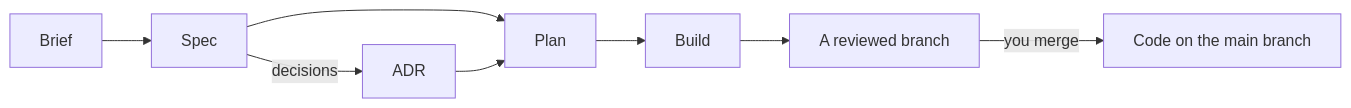
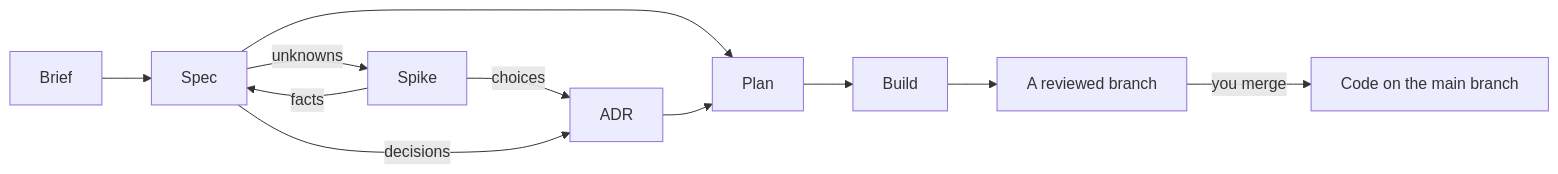
One commit to michaelmarconi/agentic-engineering changed the diagram in README.md. Above: the diagram before and after it, drawn with Mermaid. The commit also changed other lines of this file and 6 other files, not shown here.

````diff
--- a/README.md
+++ b/README.md
@@ -98,10 +101,13 @@
 ```mermaid
 flowchart LR
     Brief --> Spec
+    Spec -->|unknowns| Spike
+    Spike -->|facts| Spec
+    Spike -->|choices| ADR
     Spec -->|decisions| ADR
     Spec --> Plan
     ADR --> Plan
     Plan --> Build
     Build --> Branch[A reviewed branch]
     Branch -->|you merge| Code[Code on the main branch]
 ```
````
